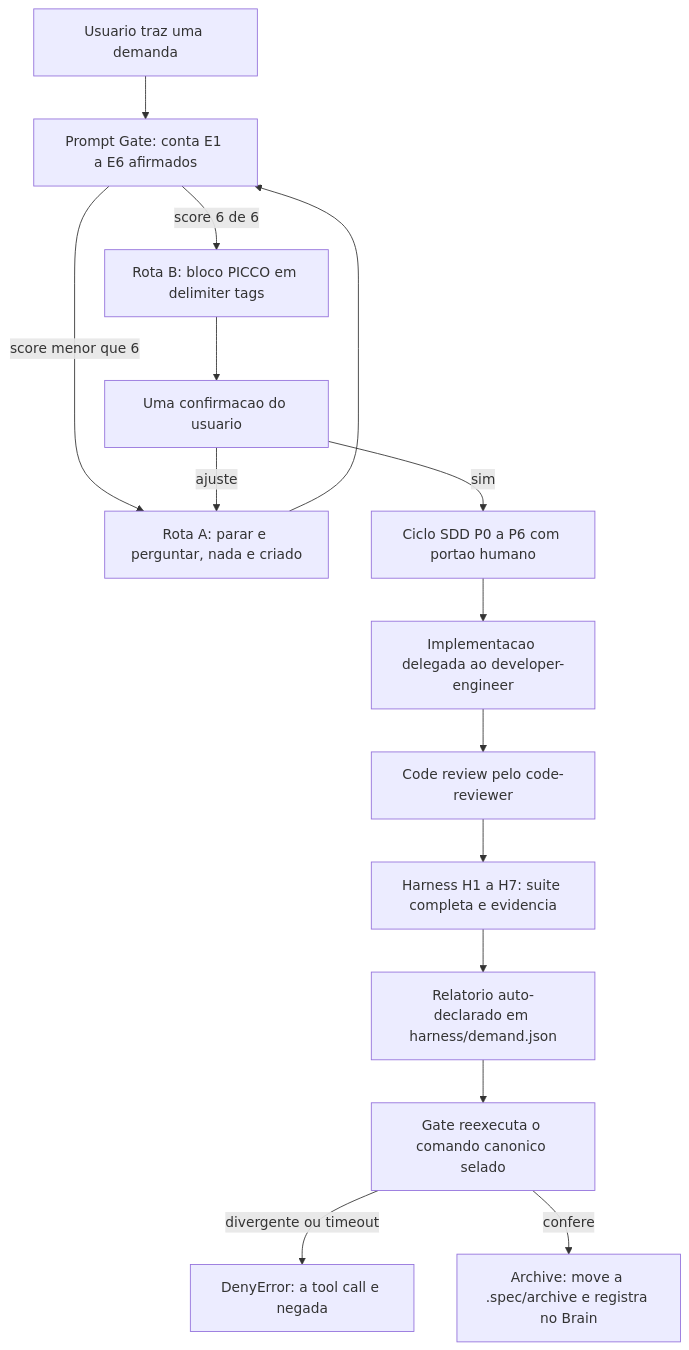
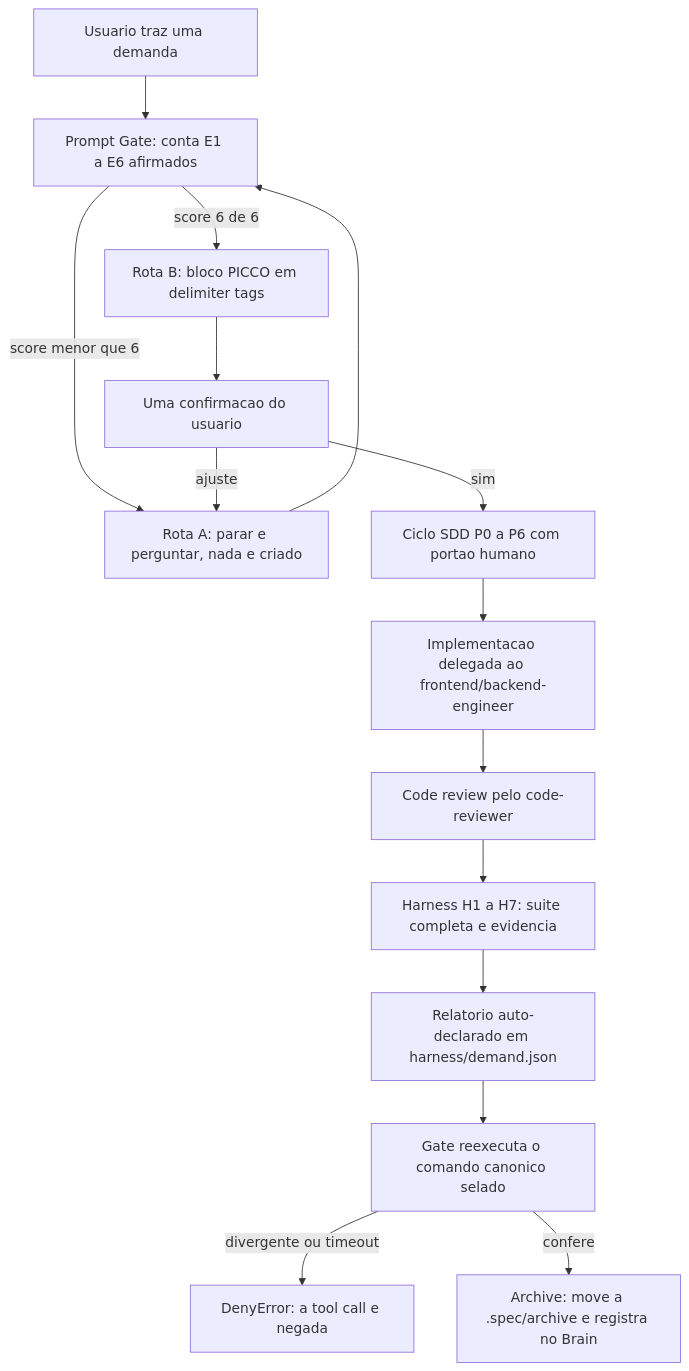
Before and after one commit to freitasjh/harness: the first of 7 diagrams in docs/FUNCIONAMENTO.md, drawn with Mermaid. The commit also changed other lines of this file and 29 other files, not shown here.

````diff
--- a/docs/FUNCIONAMENTO.md
+++ b/docs/FUNCIONAMENTO.md
@@ -71,17 +71,17 @@
 ```mermaid
 flowchart TD
     U[Usuario traz uma demanda] --> PG[Prompt Gate: conta E1 a E6 afirmados]
     PG -->|score menor que 6| RA[Rota A: parar e perguntar, nada e criado]
     RA --> PG
     PG -->|score 6 de 6| RB[Rota B: bloco PICCO em delimiter tags]
     RB --> CONF[Uma confirmacao do usuario]
     CONF -->|ajuste| RA
     CONF -->|sim| SDD[Ciclo SDD P0 a P6 com portao humano]
-    SDD --> IMP[Implementacao delegada ao developer-engineer]
+    SDD --> IMP[Implementacao delegada ao frontend/backend-engineer]
     IMP --> CR[Code review pelo code-reviewer]
     CR --> H[Harness H1 a H7: suite completa e evidencia]
     H --> EV[Relatorio auto-declarado em harness/demand.json]
     EV --> CP[Gate reexecuta o comando canonico selado]
     CP -->|divergente ou timeout| DENY[DenyError: a tool call e negada]
     CP -->|confere| ARQ[Archive: move a .spec/archive e registra no Brain]
 ```
````
